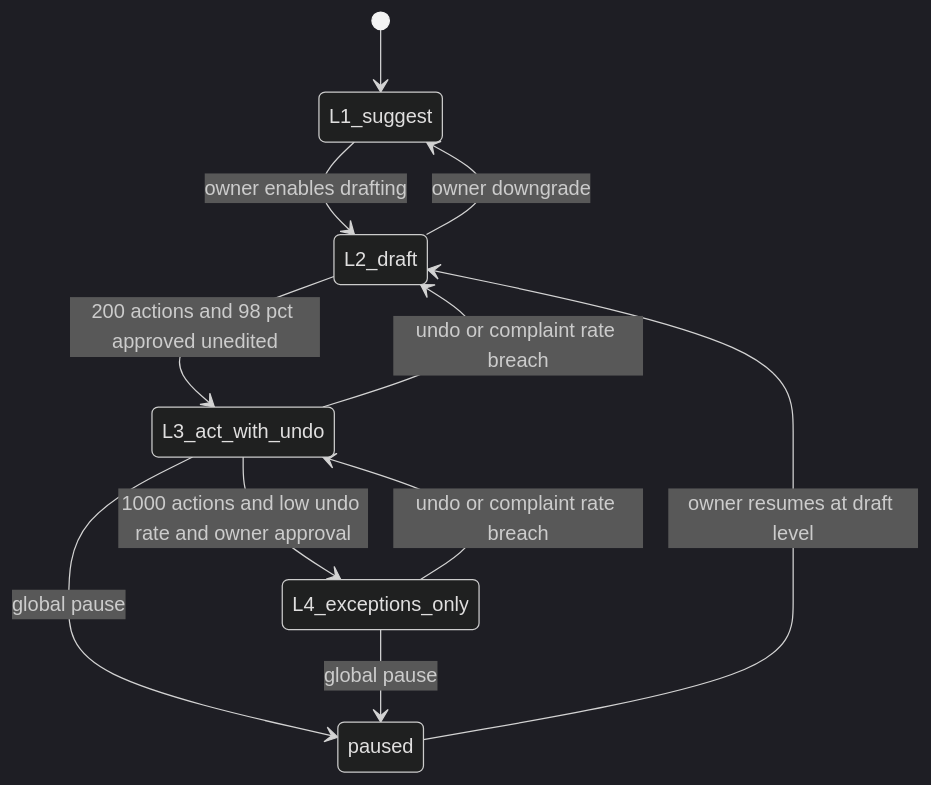
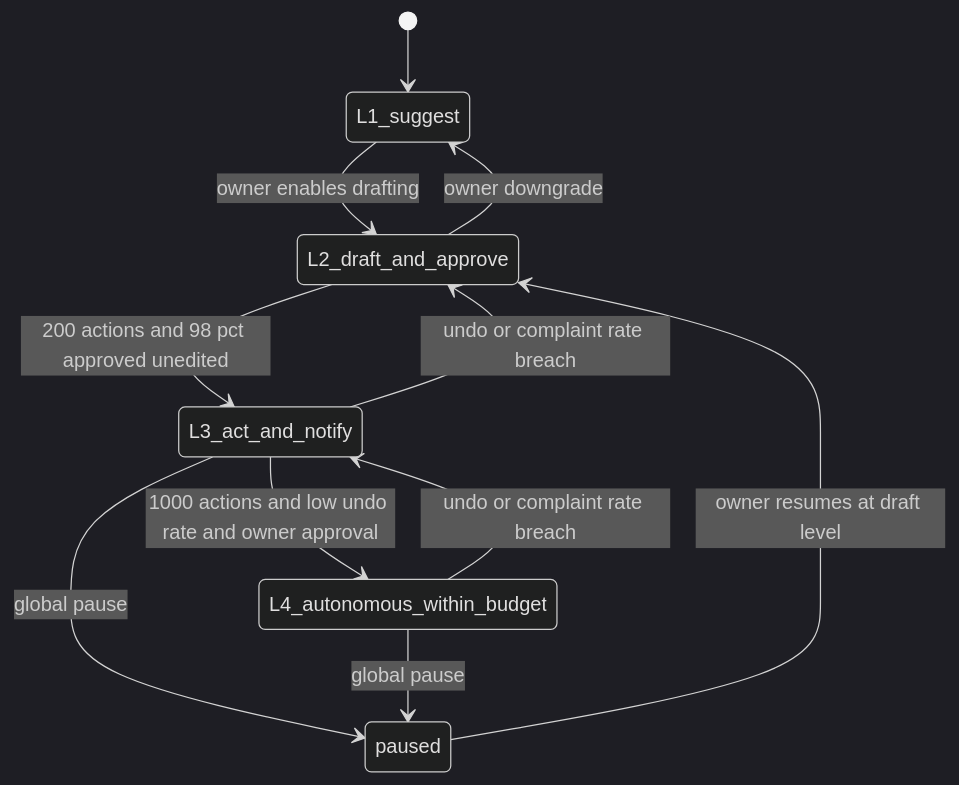
One commit to jdinard/landscape changed the ninth of 16 diagrams in docs/23-innovation-moonshots.md. Above: the diagram before and after it, drawn with Mermaid (dark theme). The commit also changed other lines of this file and 21 other files, not shown here.

````diff
--- a/docs/23-innovation-moonshots.md
+++ b/docs/23-innovation-moonshots.md
@@ -1608,13 +1610,13 @@
 ```mermaid
 stateDiagram-v2
     [*] --> L1_suggest
-    L1_suggest --> L2_draft: owner enables drafting
-    L2_draft --> L3_act_with_undo: 200 actions and 98 pct approved unedited
-    L3_act_with_undo --> L4_exceptions_only: 1000 actions and low undo rate and owner approval
-    L4_exceptions_only --> L3_act_with_undo: undo or complaint rate breach
-    L3_act_with_undo --> L2_draft: undo or complaint rate breach
-    L2_draft --> L1_suggest: owner downgrade
-    L3_act_with_undo --> paused: global pause
-    L4_exceptions_only --> paused: global pause
-    paused --> L2_draft: owner resumes at draft level
+    L1_suggest --> L2_draft_and_approve: owner enables drafting
+    L2_draft_and_approve --> L3_act_and_notify: 200 actions and 98 pct approved unedited
+    L3_act_and_notify --> L4_autonomous_within_budget: 1000 actions and low undo rate and owner approval
+    L4_autonomous_within_budget --> L3_act_and_notify: undo or complaint rate breach
+    L3_act_and_notify --> L2_draft_and_approve: undo or complaint rate breach
+    L2_draft_and_approve --> L1_suggest: owner downgrade
+    L3_act_and_notify --> paused: global pause
+    L4_autonomous_within_budget --> paused: global pause
+    paused --> L2_draft_and_approve: owner resumes at draft level
 ```
````
